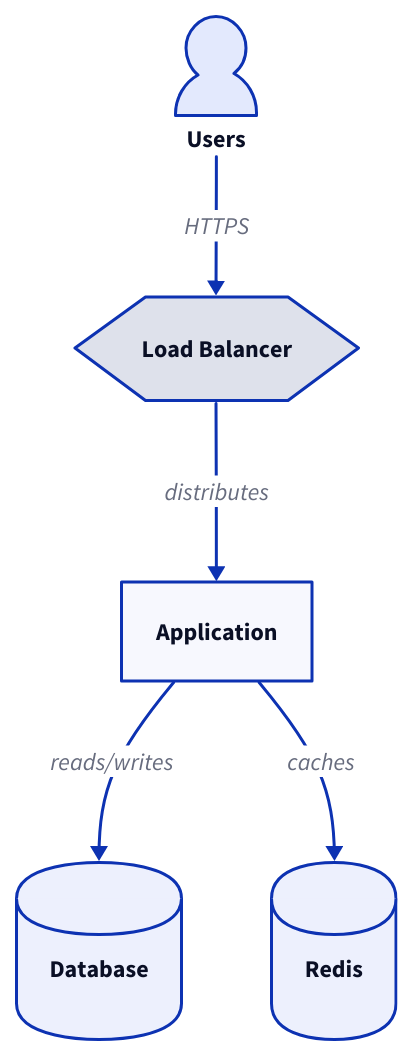
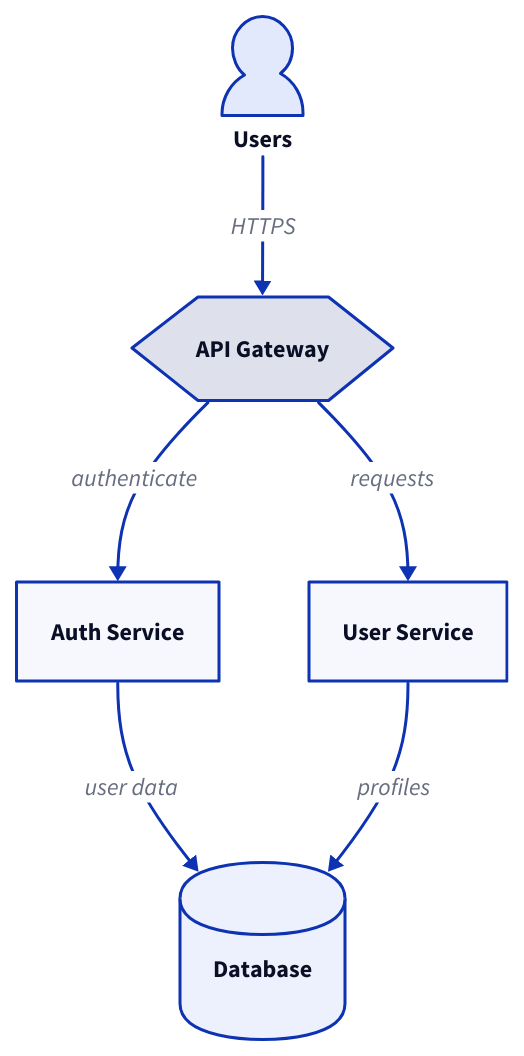
The second of 2 diagrams in d2-diagrams/SKILL.md (mdub/agent-skills), drawn with D2 before and after one commit. The commit also changed other lines of this file and 4 other files, not shown here.

First line of the commit message:
Enhance d2-diagrams skill with comprehensive documentation

````diff
--- a/d2-diagrams/SKILL.md
+++ b/d2-diagrams/SKILL.md
@@ -140,12 +95,13 @@
 ```d2
 users: Users {shape: person}
-lb: "Load Balancer" {shape: hexagon}
-app: "Application" {shape: rectangle}
+api: "API Gateway" {shape: hexagon}
+auth: "Auth Service"
+user: "User Service"
 db: "Database" {shape: cylinder}
-cache: "Redis" {shape: cylinder}
 
-users -> lb: HTTPS
-lb -> app: distributes
-app -> db: reads/writes
-app -> cache: caches
+users -> api: HTTPS
+api -> auth: authenticate
+api -> user: requests
+auth -> db: user data
+user -> db: profiles
 ```
````
